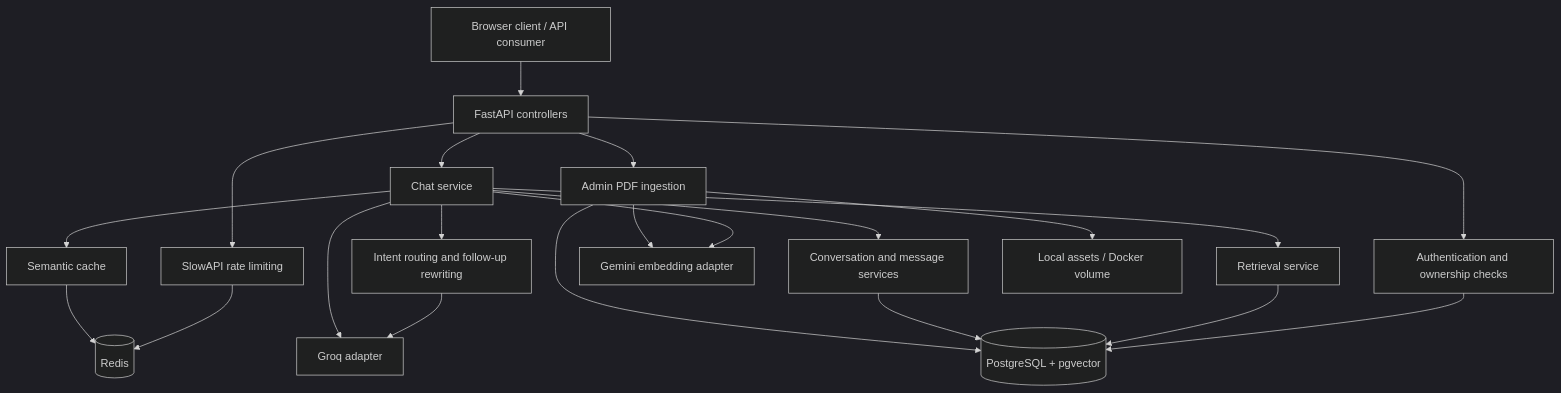
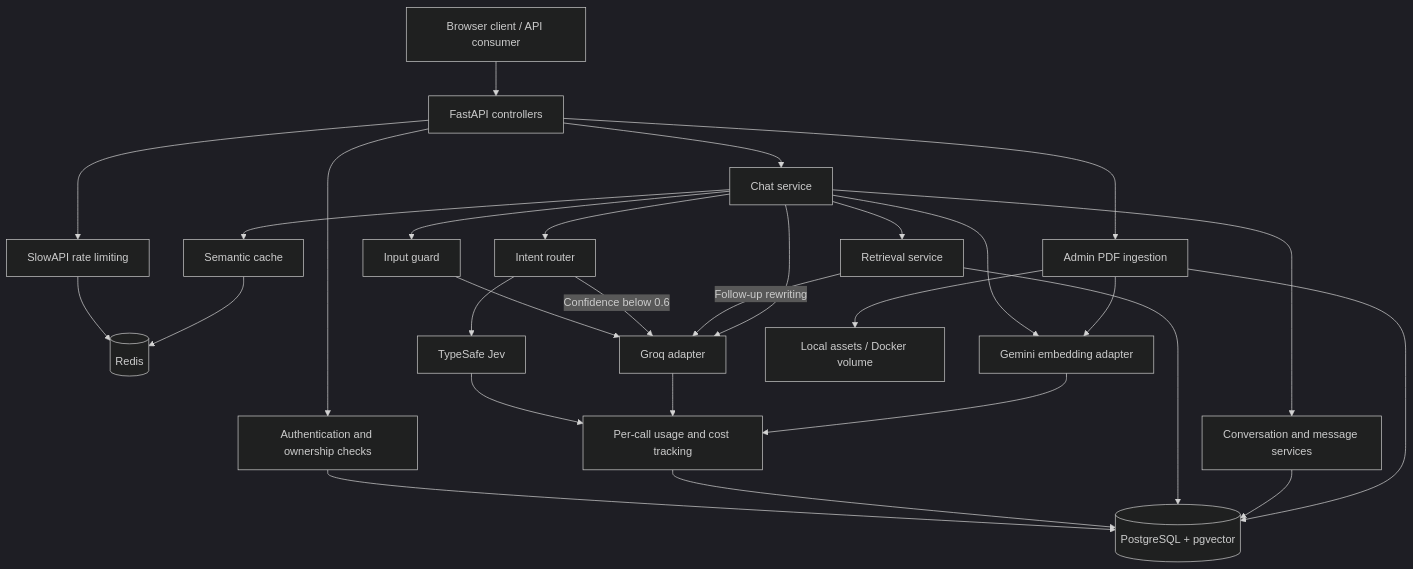
One commit to AhmedNezar/PolicyRag changed the first of 3 diagrams in README.md. Above: the diagram before and after it, drawn with Mermaid (dark theme). The commit also changed other lines of this file and 4 other files, not shown here.

````diff
--- a/README.md
+++ b/README.md
@@ -20,23 +21,31 @@
 ```mermaid
 flowchart TD
     Client[Browser client / API consumer] --> API[FastAPI controllers]
     API --> Auth[Authentication and ownership checks]
     API --> Limits[SlowAPI rate limiting]
     Limits --> Redis[(Redis)]
     Auth --> DB[(PostgreSQL + pgvector)]
     API --> Chat[Chat service]
-    Chat --> Router[Intent routing and follow-up rewriting]
-    Router --> LLM[Groq adapter]
+    Chat --> Guard[Input guard]
+    Guard --> LLM[Groq adapter]
+    Chat --> Router[Intent router]
+    Router --> Jev[TypeSafe Jev]
+    Router -->|Confidence below 0.6| LLM
+    Retrieval -->|Follow-up rewriting| LLM
+    Jev --> Calls[Per-call usage and cost tracking]
+    LLM --> Calls
+    Embeddings --> Calls
+    Calls --> DB
     Chat --> Cache[Semantic cache]
     Cache --> Redis
     Chat --> Retrieval[Retrieval service]
     Retrieval --> DB
     Chat --> Embeddings[Gemini embedding adapter]
     Chat --> LLM
     Chat --> Messages[Conversation and message services]
     Messages --> DB
     API --> Ingest[Admin PDF ingestion]
     Ingest --> Files[Local assets / Docker volume]
     Ingest --> Embeddings
     Ingest --> DB
 ```
````
